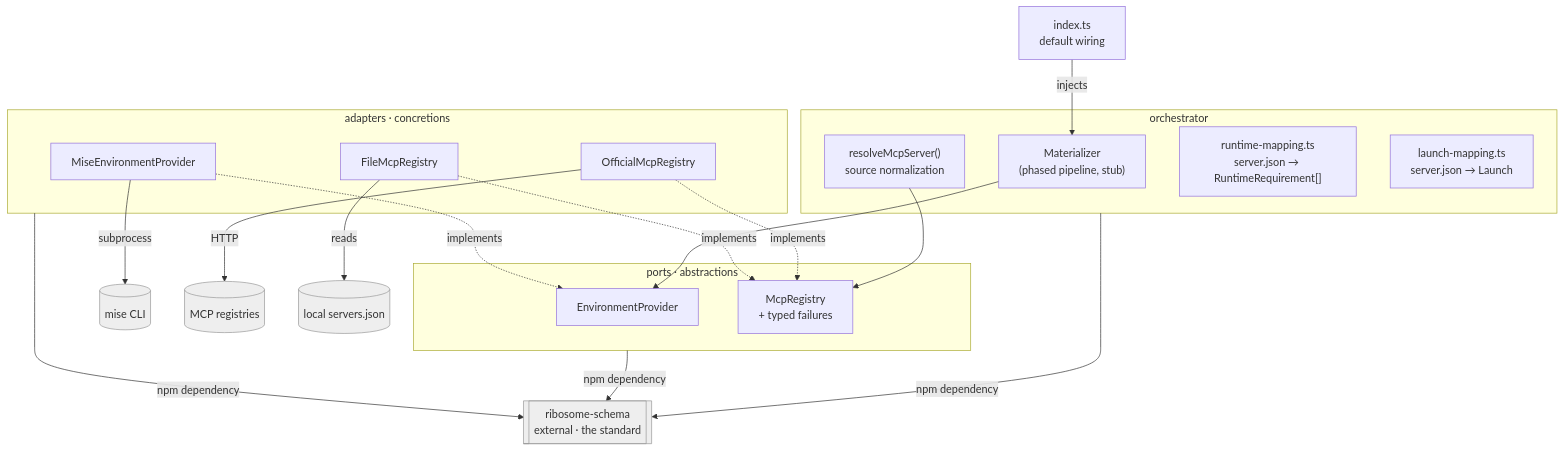
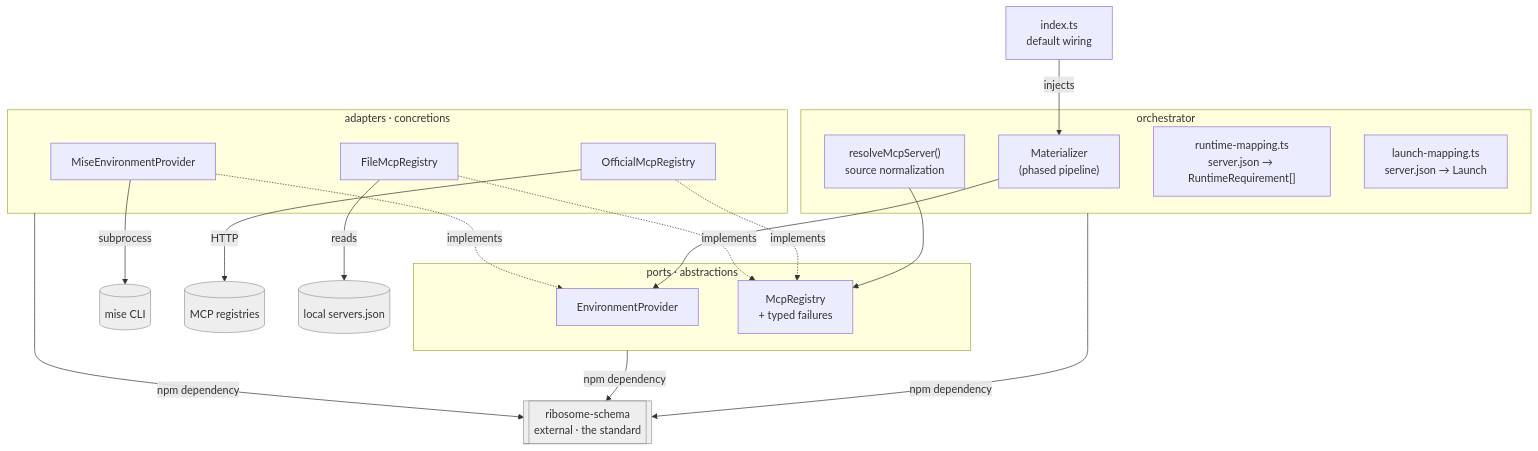
One commit to medullaflow/ribosome changed the second of 3 diagrams in docs/ARCHITECTURE.md. Above: the diagram before and after it, drawn with Mermaid. The commit also changed other lines of this file and 5 other files, not shown here.

First line of the commit message:
feat: implement the phased manifest-to-lockfile resolution pipeline

````diff
--- a/docs/ARCHITECTURE.md
+++ b/docs/ARCHITECTURE.md
@@ -62,39 +62,39 @@
 ```mermaid
 flowchart TD
     IDX["index.ts<br/>default wiring"]
     subgraph ORCH["orchestrator"]
-      MAT["Materializer<br/>(phased pipeline, stub)"]
+      MAT["Materializer<br/>(phased pipeline)"]
       RESOLVE["resolveMcpServer()<br/>source normalization"]
       RTMAP["runtime-mapping.ts<br/>server.json → RuntimeRequirement[]"]
       LAUNCH["launch-mapping.ts<br/>server.json → Launch"]
     end
     subgraph PORTS["ports · abstractions"]
       EP["EnvironmentProvider"]
       MR["McpRegistry<br/>+ typed failures"]
     end
     subgraph ADAPT["adapters · concretions"]
       MISEA["MiseEnvironmentProvider"]
       REGA["OfficialMcpRegistry"]
       FILEA["FileMcpRegistry"]
     end
     SCHEMA[["ribosome-schema<br/>external · the standard"]]
     MISECLI[("mise CLI")]
     REGAPI[("MCP registries")]
     LOCALFILE[("local servers.json")]
 
     IDX -->|injects| MAT
     MAT --> EP
     RESOLVE --> MR
     MISEA -. implements .-> EP
     REGA -. implements .-> MR
     FILEA -. implements .-> MR
     MISEA -->|subprocess| MISECLI
     REGA -->|HTTP| REGAPI
     FILEA -->|reads| LOCALFILE
     ORCH -->|npm dependency| SCHEMA
     PORTS -->|npm dependency| SCHEMA
     ADAPT -->|npm dependency| SCHEMA
 
     classDef ext fill:#eee,stroke:#999,color:#333;
     class SCHEMA,MISECLI,REGAPI,LOCALFILE ext;
 ```
````
